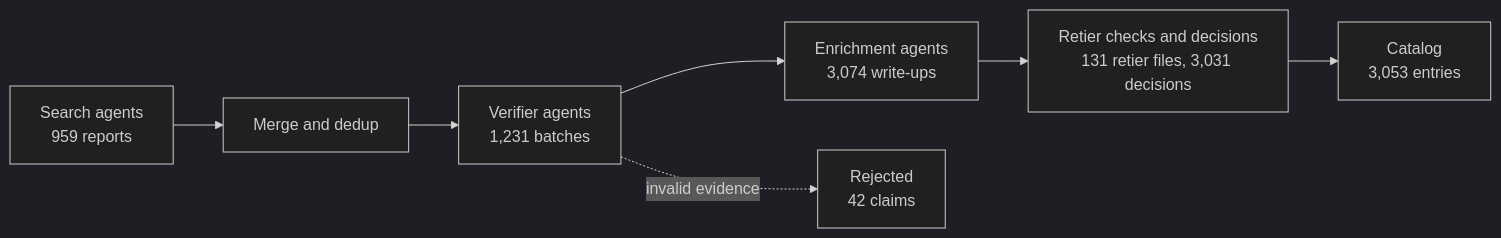
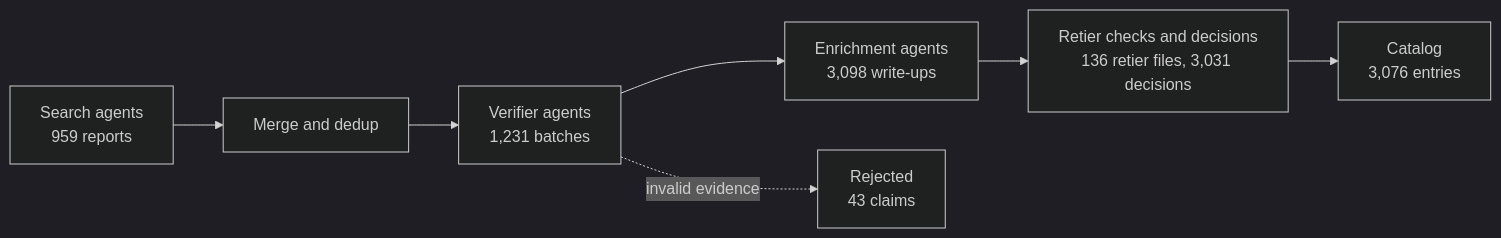
One commit to harrisjib216/fastplusplus changed the diagram in README.md. Above: the diagram before and after it, drawn with Mermaid (dark theme). The commit also changed other lines of this file and 70 other files, not shown here.

````diff
--- a/README.md
+++ b/README.md
@@ -116,9 +116,9 @@
 ```mermaid
 flowchart LR
   S["Search agents<br/>959 reports"] --> M["Merge and dedup"]
   M --> V["Verifier agents<br/>1,231 batches"]
-  V --> E["Enrichment agents<br/>3,074 write-ups"]
-  E --> R["Retier checks and decisions<br/>131 retier files, 3,031 decisions"]
-  R --> C["Catalog<br/>3,053 entries"]
-  V -. invalid evidence .-> X["Rejected<br/>42 claims"]
+  V --> E["Enrichment agents<br/>3,098 write-ups"]
+  E --> R["Retier checks and decisions<br/>136 retier files, 3,031 decisions"]
+  R --> C["Catalog<br/>3,076 entries"]
+  V -. invalid evidence .-> X["Rejected<br/>43 claims"]
 ```
````
